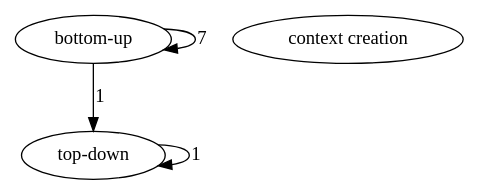
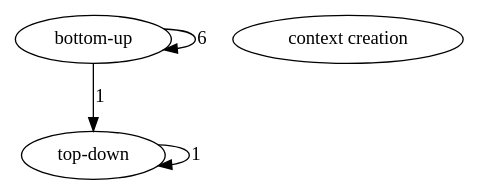
The diagram in analysis/G1.dot (dorisjlee/ZV-paper), drawn with Graphviz before and after one commit. The commit also changed 35 other files, not shown here.

```diff
--- a/analysis/G1.dot
+++ b/analysis/G1.dot
@@ -1,8 +1,8 @@
 digraph  {
 "top-down";
 "context creation";
 "bottom-up";
 "top-down" -> "top-down"  [weight=1, label=1];
 "bottom-up" -> "top-down"  [weight=1, label=1];
-"bottom-up" -> "bottom-up"  [weight=7, label=7];
+"bottom-up" -> "bottom-up"  [weight=6, label=6];
 }
```
